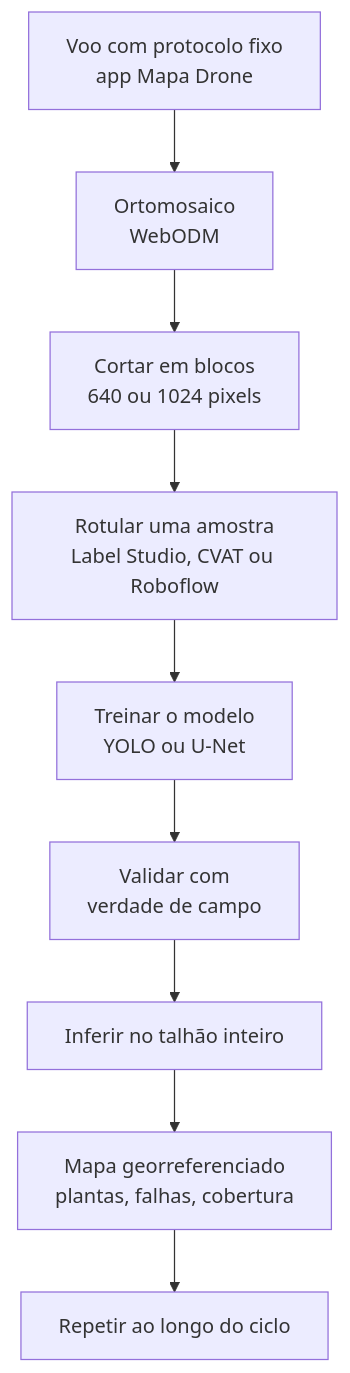
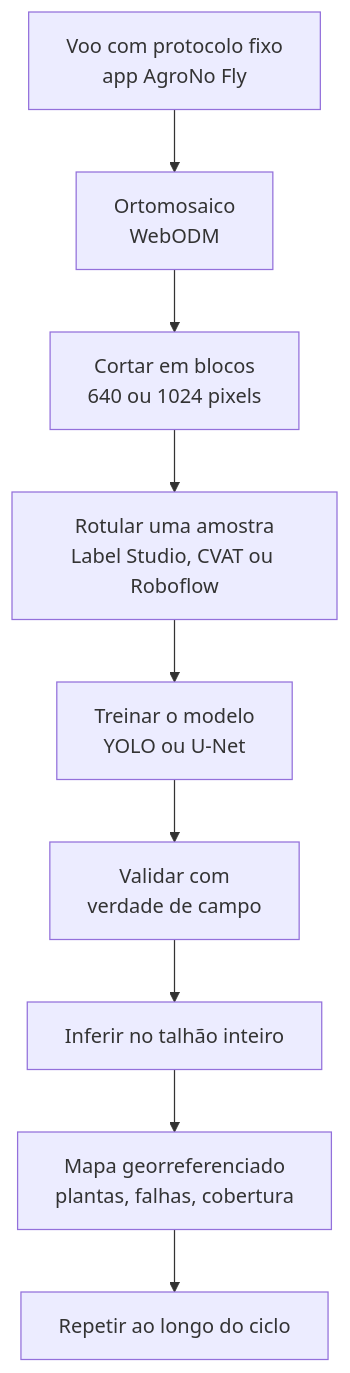
Before and after one commit to PatrickCalorioCarvalho/AgroNo: the diagram in Documentacao/docs/pesquisa-drone.md, drawn with Mermaid. The commit also changed 3 other files, not shown here.

Commit message:
docs: AgroNo Fly (servidor, fila e mosaico) e CLAUDE.md

````diff
--- a/Documentacao/docs/pesquisa-drone.md
+++ b/Documentacao/docs/pesquisa-drone.md
@@ -54,11 +54,11 @@
 ```mermaid
 graph TD
-    A["Voo com protocolo fixo<br/>app Mapa Drone"] --> B["Ortomosaico<br/>WebODM"]
+    A["Voo com protocolo fixo<br/>app AgroNo Fly"] --> B["Ortomosaico<br/>WebODM"]
     B --> C["Cortar em blocos<br/>640 ou 1024 pixels"]
     C --> D["Rotular uma amostra<br/>Label Studio, CVAT ou Roboflow"]
     D --> E["Treinar o modelo<br/>YOLO ou U-Net"]
     E --> F["Validar com<br/>verdade de campo"]
     F --> G["Inferir no talhão inteiro"]
     G --> H["Mapa georreferenciado<br/>plantas, falhas, cobertura"]
     H --> I["Repetir ao longo do ciclo"]
 ```
````
